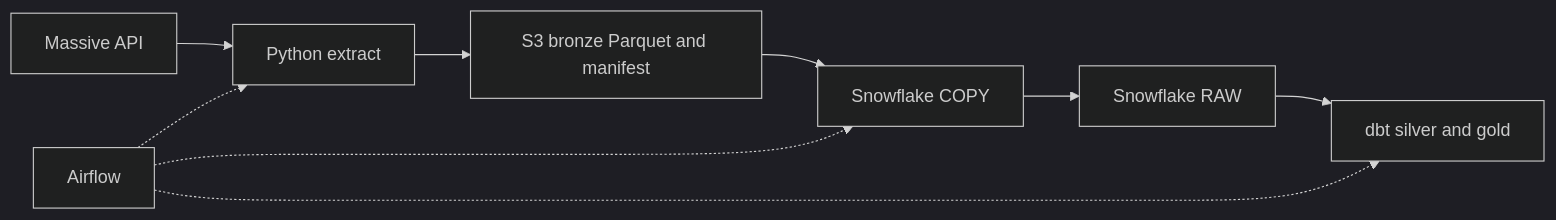
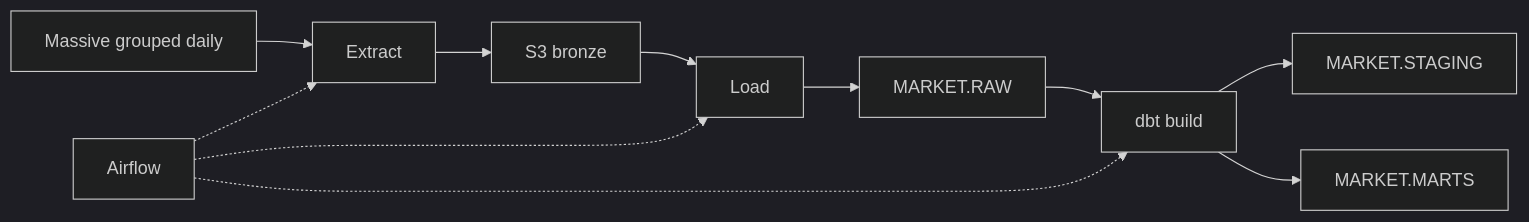
One commit to JonTrader/massive-elt-pipeline changed the first of 2 diagrams in README.md. Above: the diagram before and after it, drawn with Mermaid (dark theme). The commit also changed other lines of this file, not shown here.

Commit message:
Focus the README on the pipeline layers and marts model.

````diff
--- a/README.md
+++ b/README.md
@@ -11,14 +9,18 @@
 ```mermaid
 flowchart LR
-  massiveApi[Massive API]
-  extract[Python extract]
-  bronze[S3 bronze Parquet and manifest]
-  copyInto[Snowflake COPY]
-  raw[Snowflake RAW]
-  dbt[dbt silver and gold]
+  massiveApi[Massive grouped daily]
+  extract[Extract]
+  bronze[S3 bronze]
+  load[Load]
+  raw[MARKET.RAW]
+  dbt[dbt build]
+  staging[MARKET.STAGING]
+  marts[MARKET.MARTS]
   airflow[Airflow]
-  massiveApi --> extract --> bronze --> copyInto --> raw --> dbt
+  massiveApi --> extract --> bronze --> load --> raw --> dbt
+  dbt --> staging
+  dbt --> marts
   airflow -.-> extract
-  airflow -.-> copyInto
+  airflow -.-> load
   airflow -.-> dbt
 ```
````
